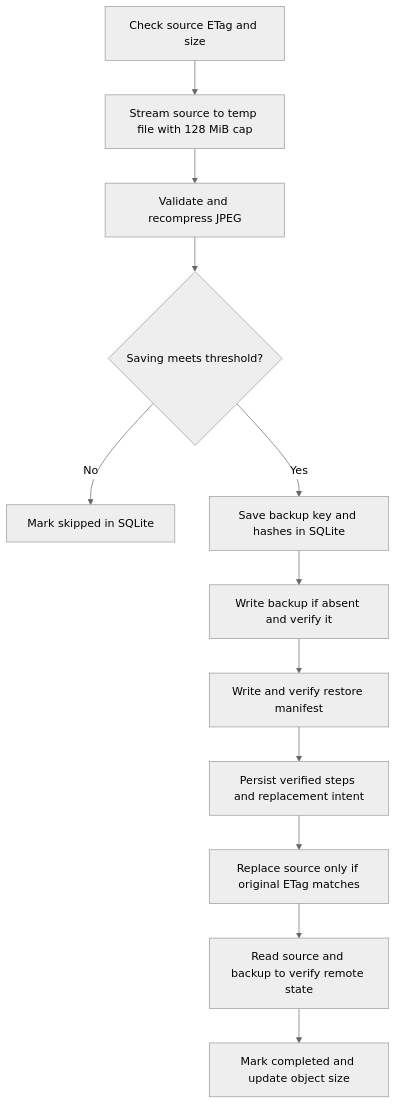
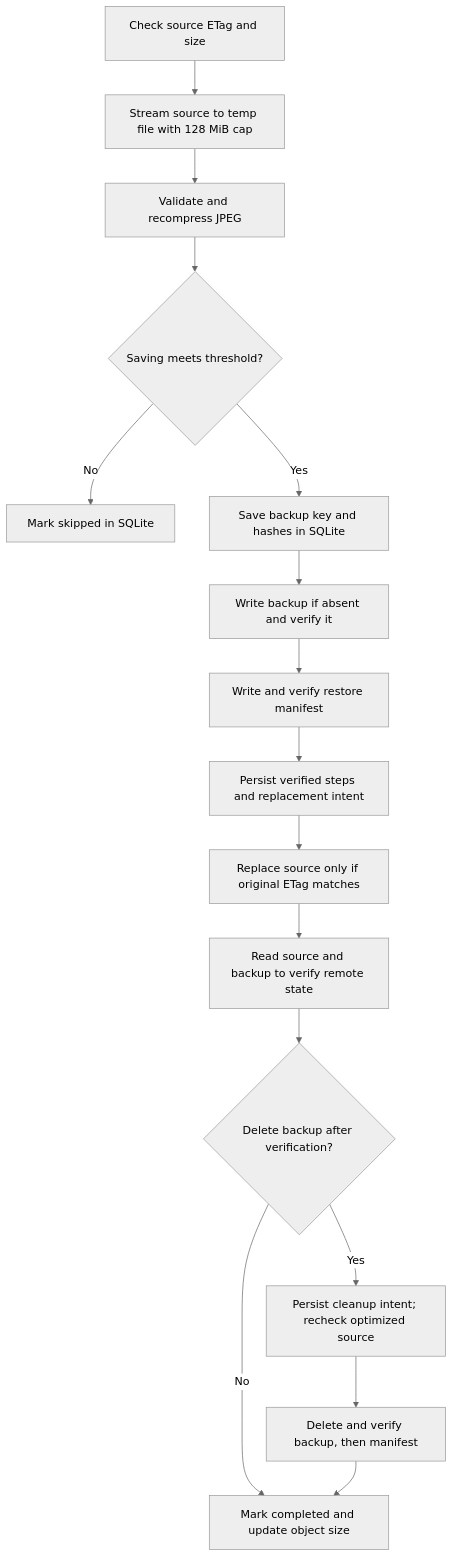
Before and after one commit to ahmetomerv/BucketLean: the third of 3 diagrams in docs/architecture.md, drawn with Mermaid (neutral theme). The commit also changed other lines of this file and 39 other files, not shown here.

````diff
--- a/docs/architecture.md
+++ b/docs/architecture.md
@@ -108,14 +123,18 @@
 ```mermaid
 flowchart TD
     A[Check source ETag and size] --> B[Stream source to temp file with 128 MiB cap]
     B --> C[Validate and recompress JPEG]
     C --> D{Saving meets threshold?}
     D -- No --> E[Mark skipped in SQLite]
     D -- Yes --> F[Save backup key and hashes in SQLite]
     F --> G[Write backup if absent and verify it]
     G --> H[Write and verify restore manifest]
     H --> I[Persist verified steps and replacement intent]
     I --> J[Replace source only if original ETag matches]
     J --> K[Read source and backup to verify remote state]
-    K --> L[Mark completed and update object size]
+    K --> M{Delete backup after verification?}
+    M -- No --> L[Mark completed and update object size]
+    M -- Yes --> N[Persist cleanup intent; recheck optimized source]
+    N --> O[Delete and verify backup, then manifest]
+    O --> L
 ```
````
